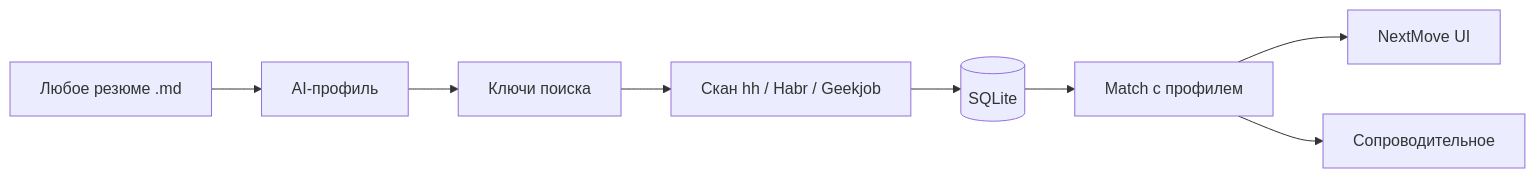
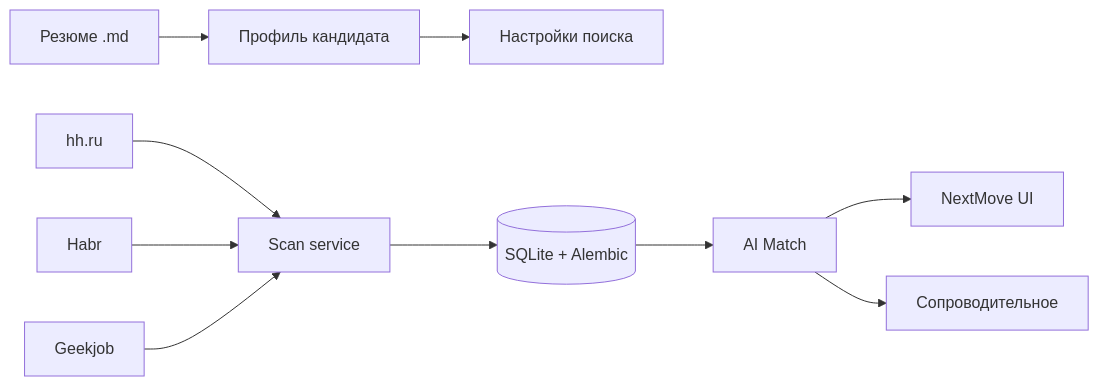
Before and after one commit to addito-5G/job-scout: the diagram in README_ru.md, drawn with Mermaid. The commit also changed 1 other file, not shown here.

Commit message:
Restore the previous mermaid flowchart in README files.
Revert to the multi-source scan diagram with search settings and SQLite/Alembic node.

````diff
--- a/README_ru.md
+++ b/README_ru.md
@@ -70,10 +70,12 @@
 ```mermaid
 flowchart LR
-    R[Любое резюме .md] --> P[AI-профиль]
-    P --> K[Ключи поиска]
-    K --> SC[Скан hh / Habr / Geekjob]
-    SC --> DB[(SQLite)]
-    DB --> M[Match с профилем]
+    R[Резюме .md] --> P[Профиль кандидата]
+    P --> S[Настройки поиска]
+    HH[hh.ru] --> SC[Scan service]
+    HB[Habr] --> SC
+    GJ[Geekjob] --> SC
+    SC --> DB[(SQLite + Alembic)]
+    DB --> M[AI Match]
     M --> UI[NextMove UI]
     M --> CL[Сопроводительное]
 ```
````
